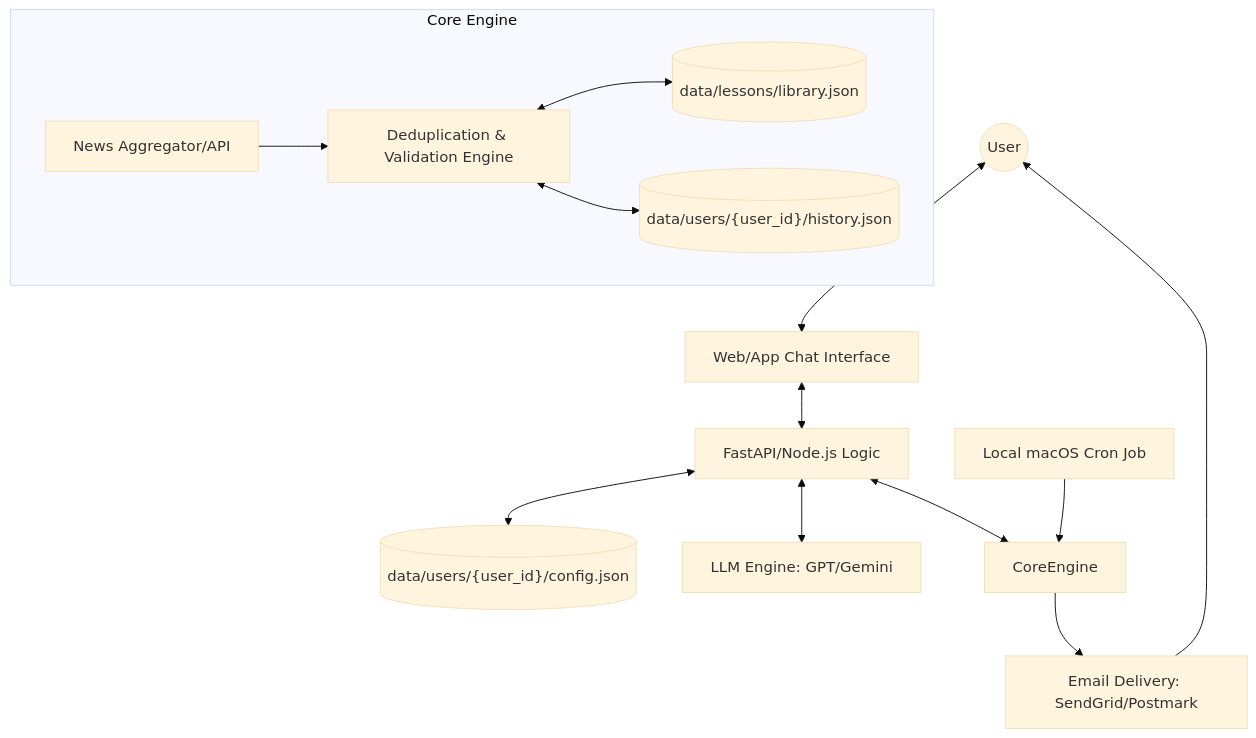
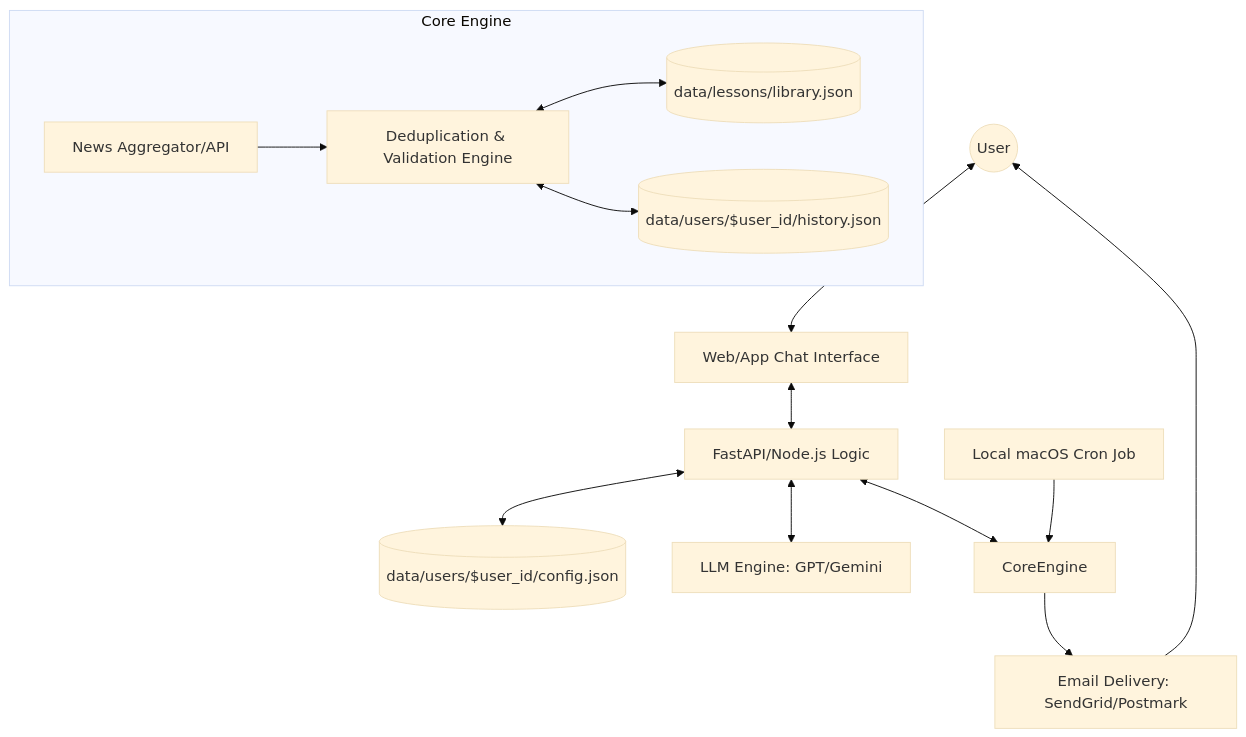
Before and after one commit to Zway68/AI-newsletter: the diagram in design.md, drawn with Mermaid (base theme).

Commit message:
Update Mermaid diagram to use

````diff
--- a/design.md
+++ b/design.md
@@ -7,19 +7,19 @@
 ```mermaid
 graph TD
-    User((User)) <--> UI["Web/App Chat Interface"]
+    User((User)) <--> UI[Web/App Chat Interface]
     UI <--> Backend[FastAPI/Node.js Logic]
-    Backend <--> Prefs[("data/users/{user_id}/config.json")]
+    Backend <--> Prefs[(data/users/$user_id/config.json)]
     Backend <--> LLM[LLM Engine: GPT/Gemini]
     
     subgraph Core Engine
         Aggregator[News Aggregator/API] --> Validator[Deduplication & Validation Engine]
-        Validator <--> LessonLibrary[("data/lessons/library.json")]
-        Validator <--> History[("data/users/{user_id}/history.json")]
+        Validator <--> LessonLibrary[(data/lessons/library.json)]
+        Validator <--> History[(data/users/$user_id/history.json)]
     end
     
     Backend <--> CoreEngine
-    CoreEngine --> EmailService["Email Delivery: SendGrid/Postmark"]
+    CoreEngine --> EmailService[Email Delivery: SendGrid/Postmark]
     EmailService --> User
     
     Cron[Local macOS Cron Job] --> CoreEngine
 ```
````
